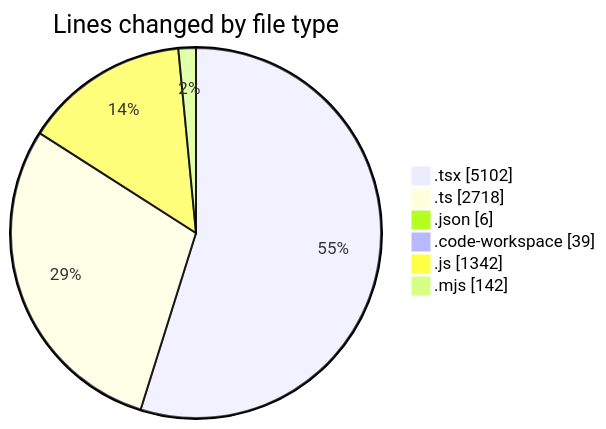
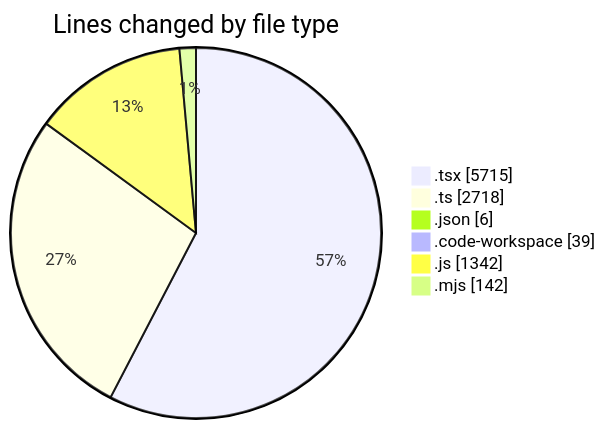
Before and after one commit to julien-gomy/code-tracking: the first of 2 diagrams in 2025-10-08/eventscop-frontend-guide__workspace_/README.md, drawn with Mermaid. The commit also changed other lines of this file and 1 other file, not shown here.

````diff
--- a/2025-10-08/eventscop-frontend-guide__workspace_/README.md
+++ b/2025-10-08/eventscop-frontend-guide__workspace_/README.md
@@ -61,10 +63,10 @@
 ```mermaid
 pie showData
 title Lines changed by file type
-".tsx" : 5102
+".tsx" : 5715
 ".ts" : 2718
 ".json" : 6
 ".code-workspace" : 39
 ".js" : 1342
 ".mjs" : 142
 ```
````
